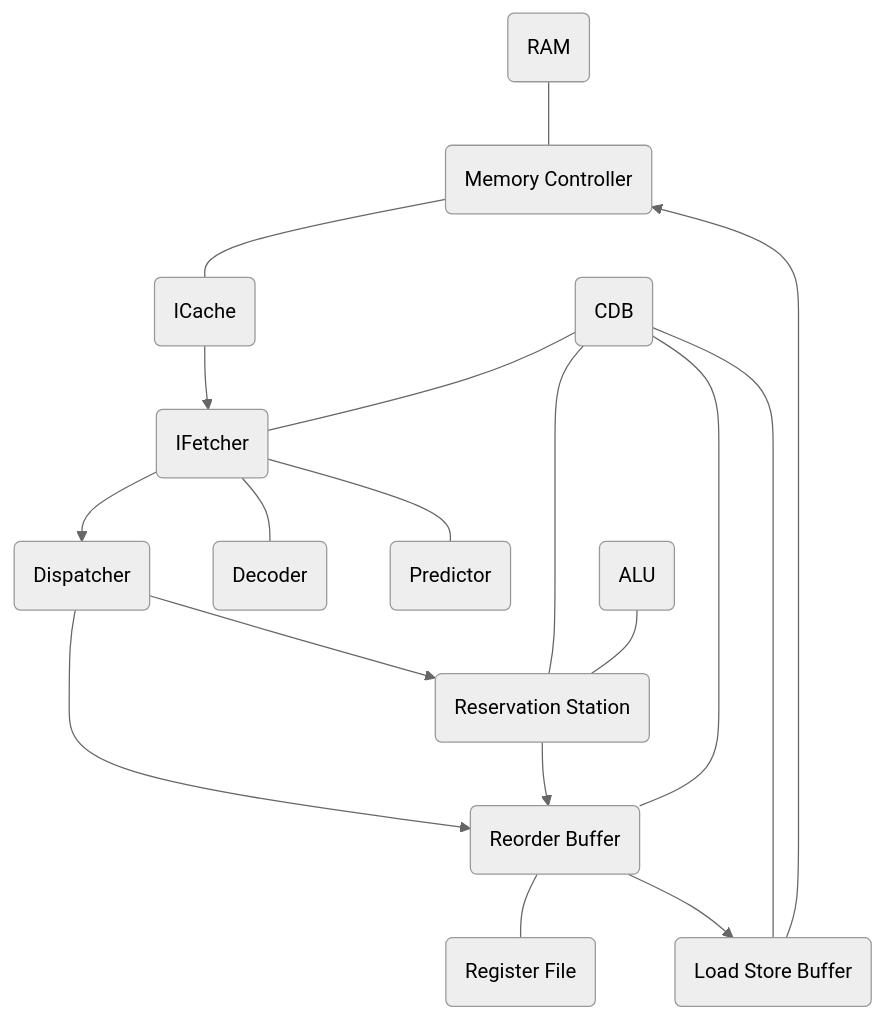
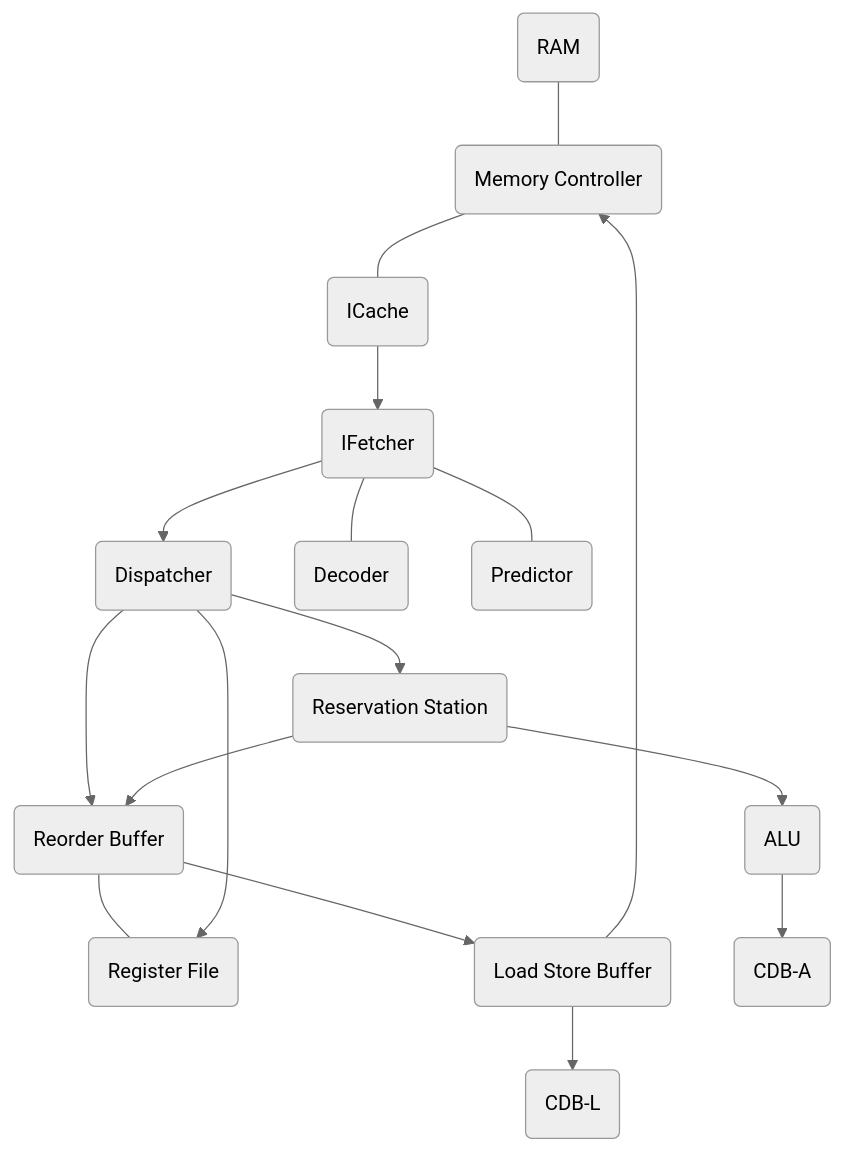
One commit to HenryHe0123/RISC-V-CPU changed the diagram in README.md. Above: the diagram before and after it, drawn with Mermaid (neutral theme).

Commit message:
update README design graph

````diff
--- a/README.md
+++ b/README.md
@@ -7,20 +7,19 @@
 ```mermaid
 flowchart TD
     A(RAM) --- B(Memory Controller)
     B --- C(ICache)
     C --> D(IFetcher)
     D --> E(Dispatcher)
     D --- M(Decoder)
-    D --- L(Predictor)
+    D --- N(Predictor)
     E --> F(Reservation Station)
     E --> G(Reorder Buffer)
     F --> G
     G --- H(Register File)
+    E --> H
     G --> I(Load Store Buffer)
     I --> B
-    J(CDB) --- G
-    J --- F 
-    J --- D 
-    J --- I
-    K(ALU) --- F
+    I --> J(CDB-L)
+    F --> K(ALU)
+    K --> L(CDB-A)
 ```
````
